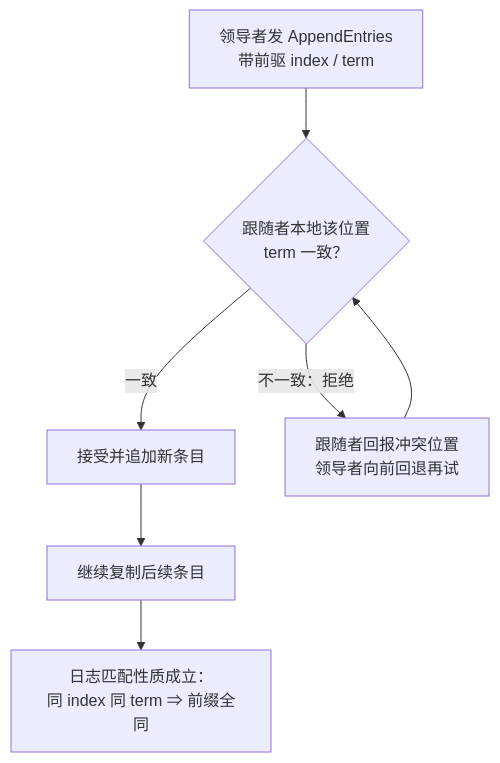
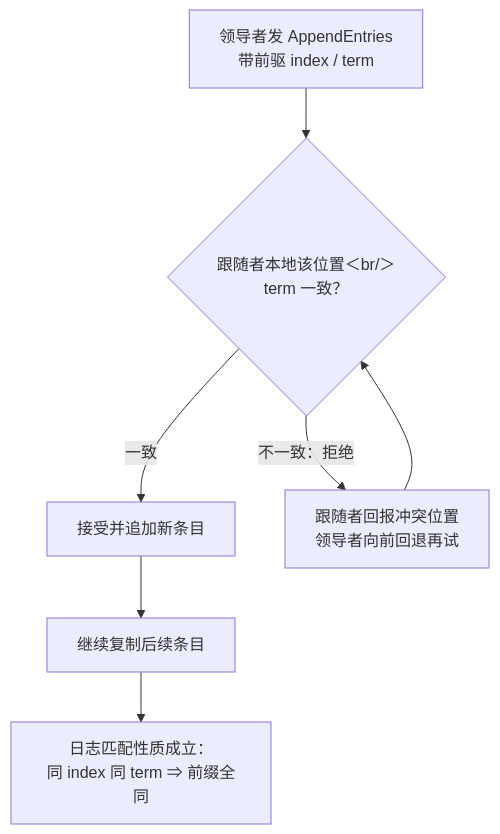
Before and after one commit to xhongduo-tech/xhongduo-tech.github.io: the second of 2 diagrams in docs/cs/raft.md, drawn with Mermaid. The commit also changed 291 other files, not shown here.

Commit message:
Normalize lesson titles to tree names and repair mermaid arrow/quote syntax site-wide.

````diff
--- a/docs/cs/raft.md
+++ b/docs/cs/raft.md
@@ -47,9 +47,9 @@
 ```mermaid
 flowchart TD
-  LEAD["领导者发 AppendEntries<br/>带前驱 index / term"] --> CHK{"跟随者本地该位置<br/>term 一致？"}
+  LEAD["领导者发 AppendEntries<br/>带前驱 index / term"] --> CHK{"跟随者本地该位置＜br/＞term 一致？"}
   CHK -->|"一致"| APP["接受并追加新条目"]
   CHK -->|"不一致：拒绝"| BACK["跟随者回报冲突位置<br/>领导者向前回退再试"]
   BACK --> CHK
   APP --> MORE["继续复制后续条目"]
   MORE --> MATCH["日志匹配性质成立：<br/>同 index 同 term ⇒ 前缀全同"]
 ```
````
